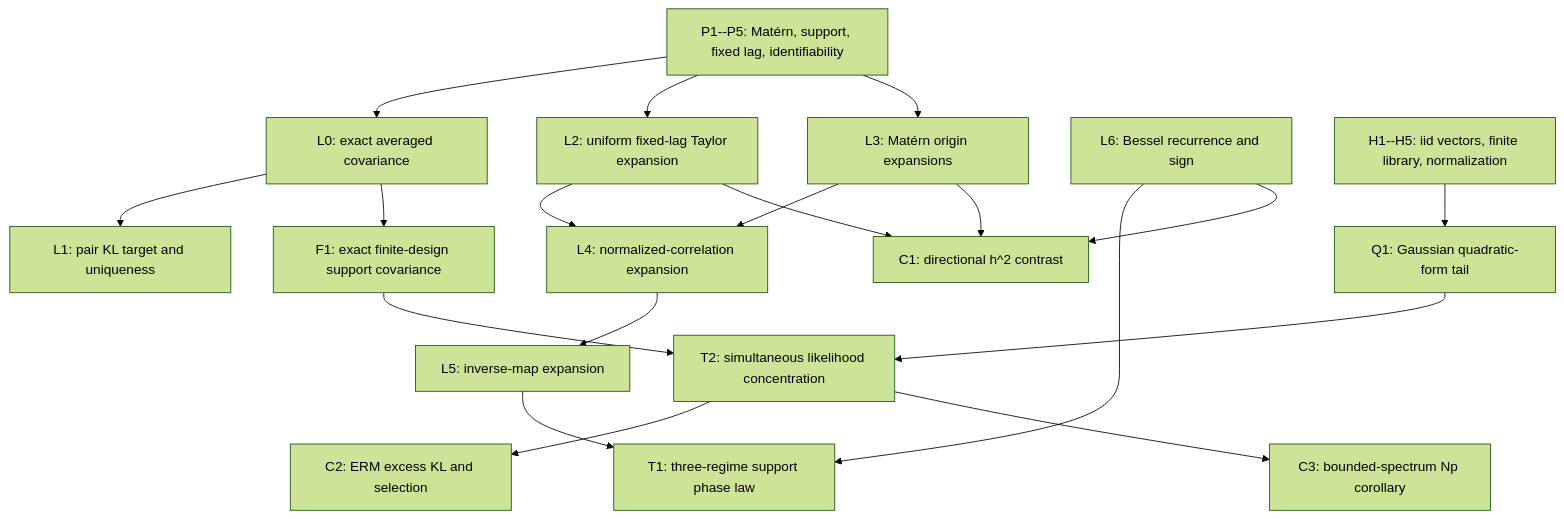
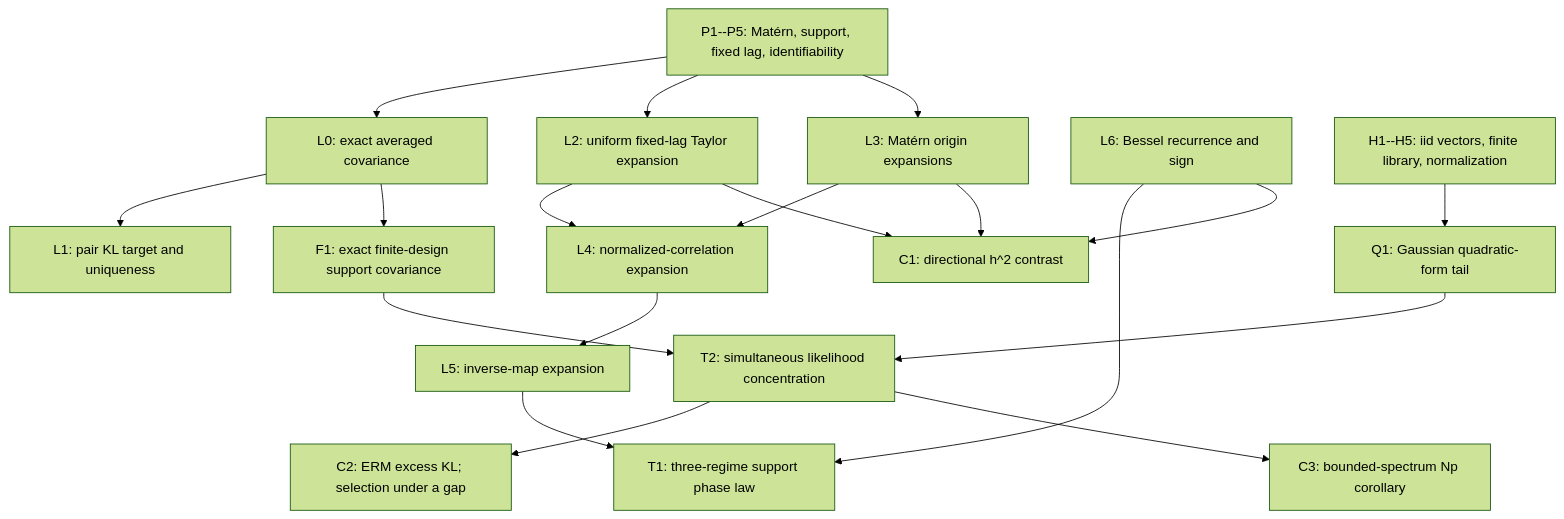
Before and after one commit to Sasha-Cui/HighDimSpatialStatistics: the diagram in docs/research/THEORY_DEPENDENCY_MAP.md, drawn with Mermaid (forest theme). The commit also changed other lines of this file and 12 other files, not shown here.

````diff
--- a/docs/research/THEORY_DEPENDENCY_MAP.md
+++ b/docs/research/THEORY_DEPENDENCY_MAP.md
@@ -96,34 +98,34 @@
 ```mermaid
 flowchart TD
   P["P1--P5: Matérn, support, fixed lag, identifiability"]
   L0["L0: exact averaged covariance"]
   L1["L1: pair KL target and uniqueness"]
   L2["L2: uniform fixed-lag Taylor expansion"]
   L3["L3: Matérn origin expansions"]
   L4["L4: normalized-correlation expansion"]
   L5["L5: inverse-map expansion"]
   L6["L6: Bessel recurrence and sign"]
   T1["T1: three-regime support phase law"]
   C1["C1: directional h^2 contrast"]
   F1["F1: exact finite-design support covariance"]
   H["H1--H5: iid vectors, finite library, normalization"]
   Q1["Q1: Gaussian quadratic-form tail"]
   T2["T2: simultaneous likelihood concentration"]
-  C2["C2: ERM excess KL and selection"]
+  C2["C2: ERM excess KL; selection under a gap"]
   C3["C3: bounded-spectrum Np corollary"]
 
   P --> L0 --> L1
   P --> L2
   P --> L3
   L2 --> L4
   L3 --> L4 --> L5
   L5 --> T1
   L6 --> T1
   L2 --> C1
   L3 --> C1
   L6 --> C1
   L0 --> F1
   H --> Q1 --> T2 --> C2
   T2 --> C3
   F1 --> T2
 ```
````
